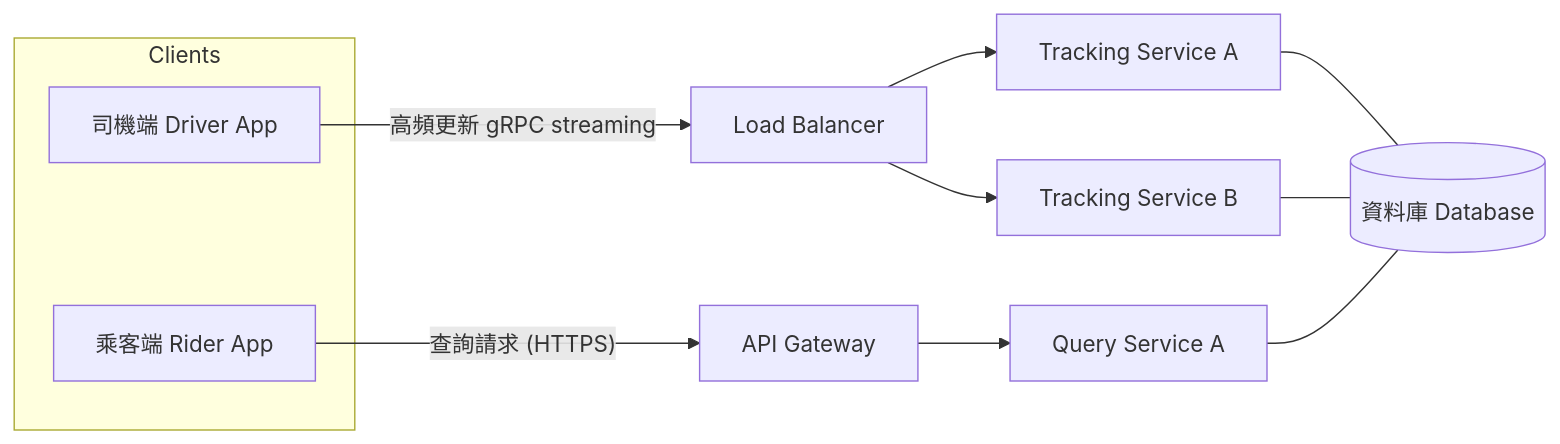
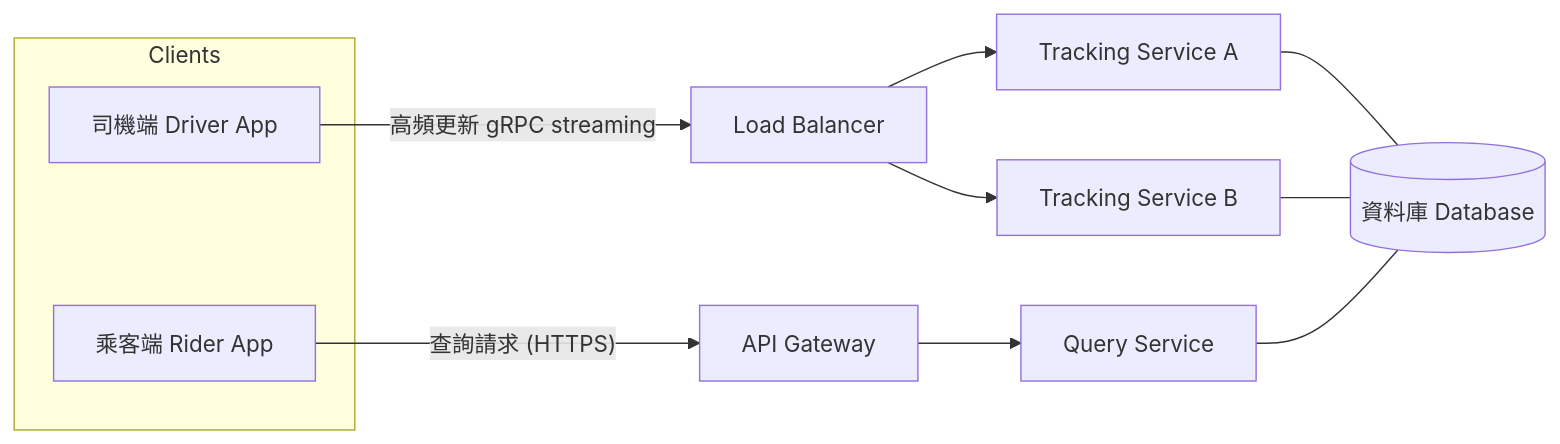
The third of 5 diagrams in readme.md (kuoyuhsiang/DriverLocationTracking), drawn with Mermaid before and after one commit. The commit also changed other lines of this file, not shown here.

````diff
--- a/readme.md
+++ b/readme.md
@@ -74,18 +68,18 @@
 ```mermaid
 graph LR
     subgraph Clients
         Driver[司機端 Driver App]
         Rider[乘客端 Rider App]
     end
 
     %% 司機走 LB 追求高吞吐量
     Driver -- "高頻更新 gRPC streaming" --> LB[Load Balancer]
     LB --> S1[ Tracking Service A]
     LB --> S2[ Tracking Service B]
 
     %% 乘客走 Gateway 追求安全控管
     Rider -- "查詢請求 (HTTPS)" --> GW[API Gateway]
-    GW --> S3[ Query Service A]
+    GW --> S3[ Query Service ]
 
     S1 & S2 & S3 --- DB[(資料庫 Database)]
 ```
````
